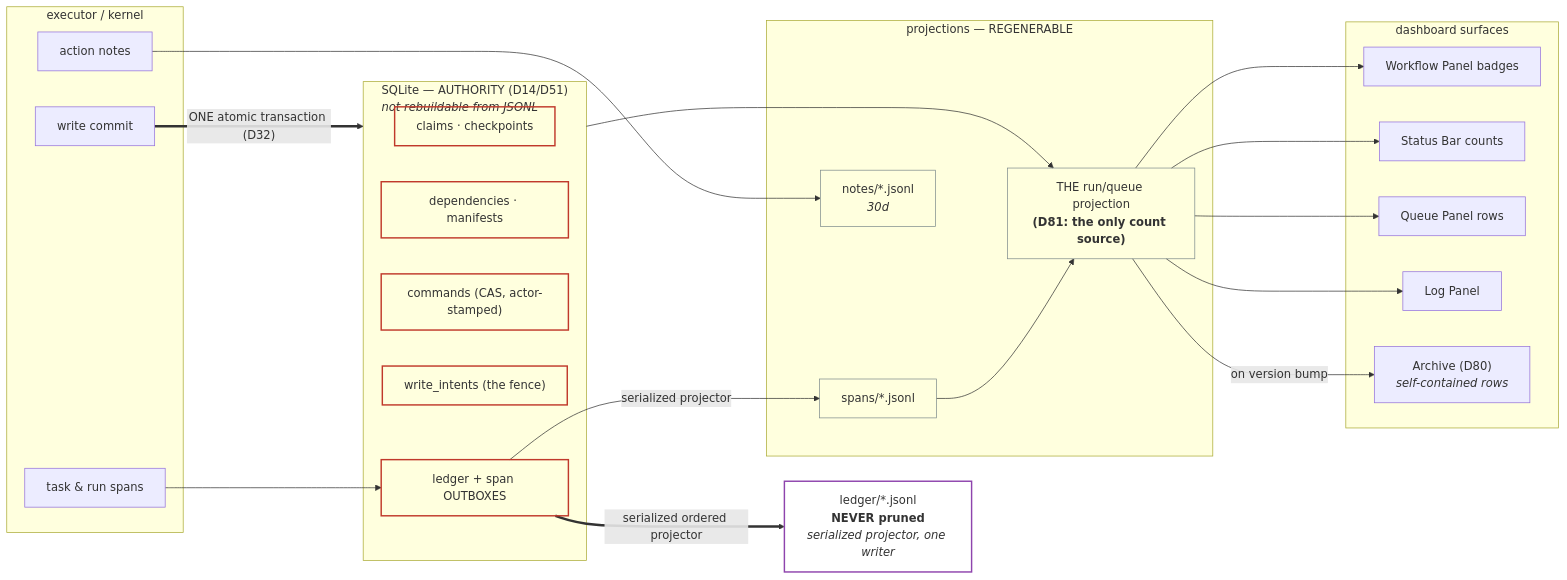
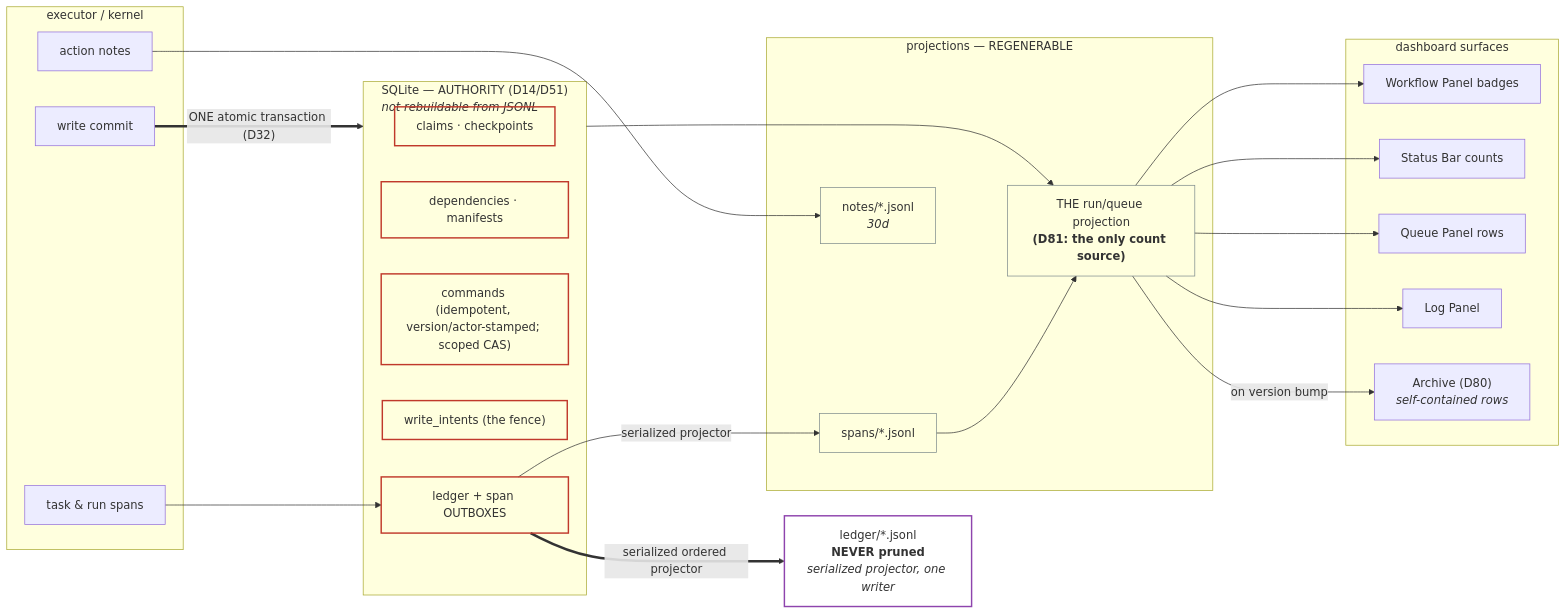
The diagram in docs/rebuild/03-tracker-dashboard.md (julianthant/hr-automation), drawn with Mermaid before and after one commit. The commit also changed other lines of this file and 11 other files, not shown here.

````diff
--- a/docs/rebuild/03-tracker-dashboard.md
+++ b/docs/rebuild/03-tracker-dashboard.md
@@ -275,50 +287,50 @@
 ```mermaid
 flowchart LR
   subgraph EX["executor / kernel"]
     T["task &amp; run spans"]
     N["action notes"]
     W["write commit"]
   end
 
   subgraph AUTH["SQLite — AUTHORITY (D14/D51)<br/><i>not rebuildable from JSONL</i>"]
     CL["claims · checkpoints"]
     DEP["dependencies · manifests"]
-    CMD["commands (CAS, actor-stamped)"]
+    CMD["commands (idempotent, version/actor-stamped; scoped CAS)"]
     WI["write_intents (the fence)"]
     OB["ledger + span OUTBOXES"]
   end
 
   subgraph PROJ["projections — REGENERABLE"]
     SJ["spans/*.jsonl"]
     NJ["notes/*.jsonl<br/><i>30d</i>"]
     RM["THE run/queue projection<br/><b>(D81: the only count source)</b>"]
   end
 
   LED["ledger/*.jsonl<br/><b>NEVER pruned</b><br/><i>serialized projector, one writer</i>"]
 
   subgraph UI["dashboard surfaces"]
     WP["Workflow Panel badges"]
     SB["Status Bar counts"]
     QP["Queue Panel rows"]
     LP["Log Panel"]
     AR["Archive (D80)<br/><i>self-contained rows</i>"]
   end
 
   W ==>|"ONE atomic transaction (D32)"| AUTH
   T --> OB
   N --> NJ
   OB -->|"serialized projector"| SJ
   OB ==>|"serialized ordered projector"| LED
   AUTH --> RM
   SJ --> RM
   RM --> WP & SB & QP
   RM --> LP
   RM -->|"on version bump"| AR
 
   classDef auth stroke:#c0392b,stroke-width:2px,fill:#00000000;
   classDef proj stroke:#7f8c8d,fill:#00000000;
   classDef ledger stroke:#8e44ad,stroke-width:2px,fill:#00000000;
   class CL,DEP,CMD,WI,OB auth;
   class SJ,NJ,RM proj;
   class LED ledger;
 ```
````
